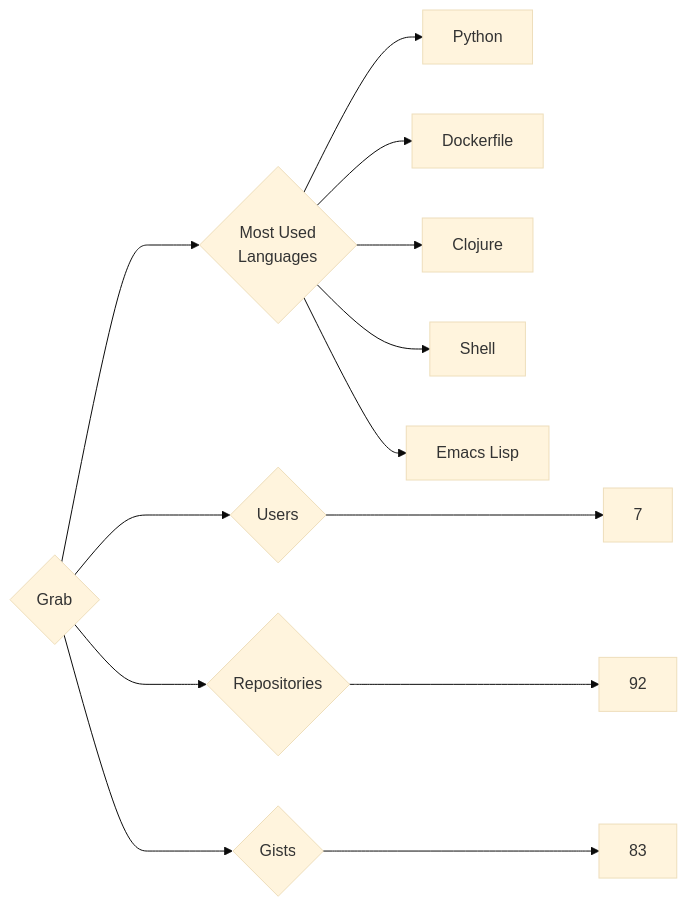
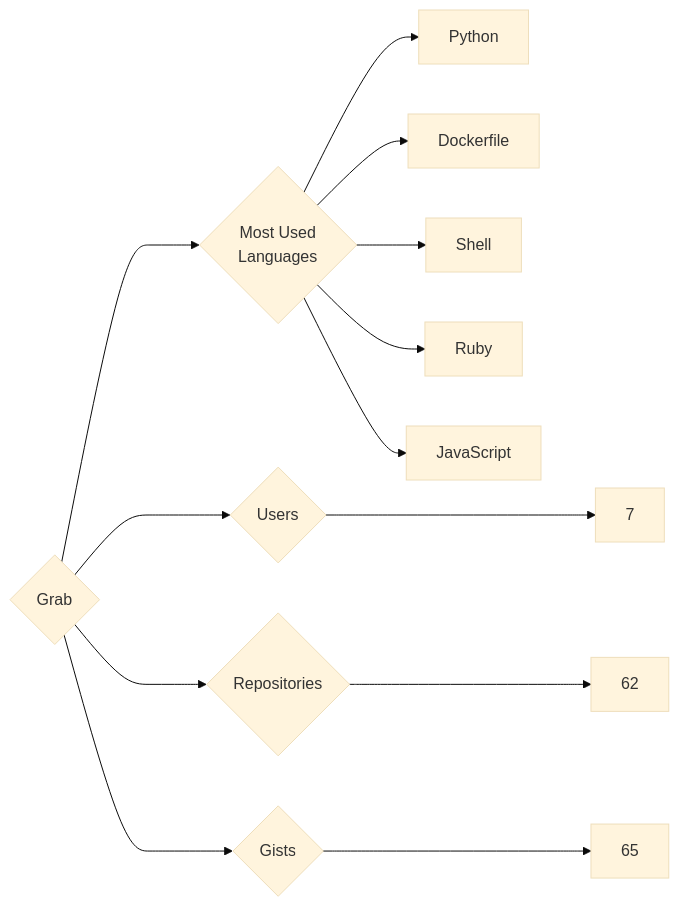
Before and after one commit to trickest/insiders: the diagram in targets/Grab/README.md, drawn with Mermaid (base theme). The commit also changed 748 other files, not shown here.

````diff
--- a/targets/Grab/README.md
+++ b/targets/Grab/README.md
@@ -3,13 +3,13 @@
 ```mermaid
 graph LR
 COMPANY_NAME{Grab}
 COMPANY_NAME ---> U{Users} ---> UN[7]
-COMPANY_NAME ---> R{Repositories} ---> RN[92]
-COMPANY_NAME ---> G{Gists} ---> GN[83]
+COMPANY_NAME ---> R{Repositories} ---> RN[62]
+COMPANY_NAME ---> G{Gists} ---> GN[65]
 COMPANY_NAME ---> ML{Most Used<br>Languages}
 ML --> Python[Python]
 ML --> Dockerfile[Dockerfile]
-ML --> Clojure[Clojure]
 ML --> Shell[Shell]
-ML --> Emacs_Lisp[Emacs Lisp]
+ML --> Ruby[Ruby]
+ML --> JavaScript[JavaScript]
 ```
````
